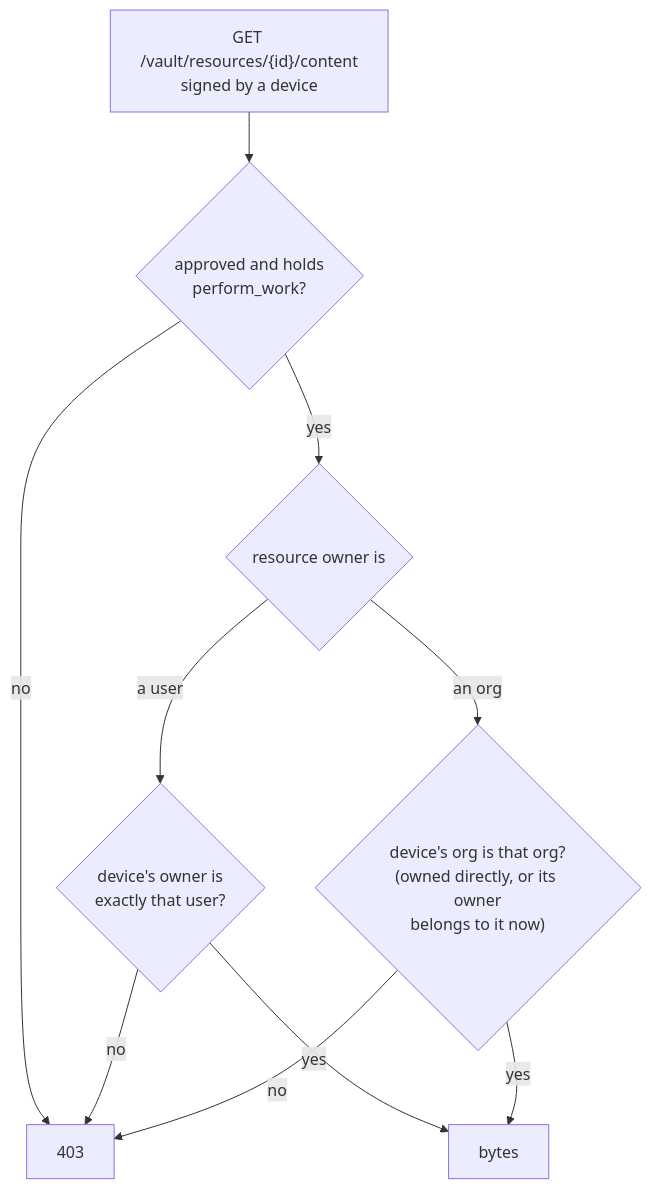
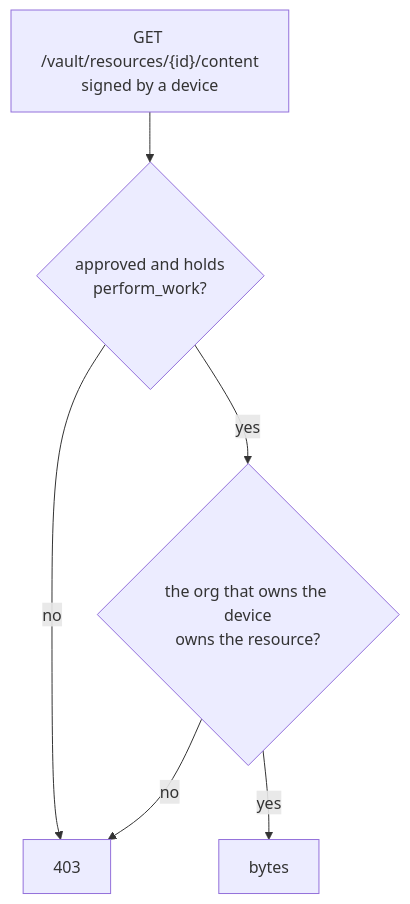
Before and after one commit to Liquid4All/pipette-mgmt: diagram 13 of 27 in docs/topology.md, drawn with Mermaid. The commit also changed other lines of this file and 432 other files, not shown here.

````diff
--- a/docs/topology.md
+++ b/docs/topology.md
@@ -616,12 +586,8 @@
 ```mermaid
 flowchart TD
     g["GET /vault/resources/{id}/content<br/>signed by a device"] --> ap{"approved and holds<br/>perform_work?"}
     ap -- no --> no["403"]
-    ap -- yes --> own{"resource owner is"}
-    own -- "a user" --> exact{"device's owner is<br/>exactly that user?"}
-    exact -- yes --> ok["bytes"]
-    exact -- no --> no
-    own -- "an org" --> roll{"device's org is that org?<br/>(owned directly, or its owner<br/>belongs to it now)"}
-    roll -- yes --> ok
-    roll -- no --> no
+    ap -- yes --> own{"the org that owns the device<br/>owns the resource?"}
+    own -- yes --> ok["bytes"]
+    own -- no --> no
 ```
````
